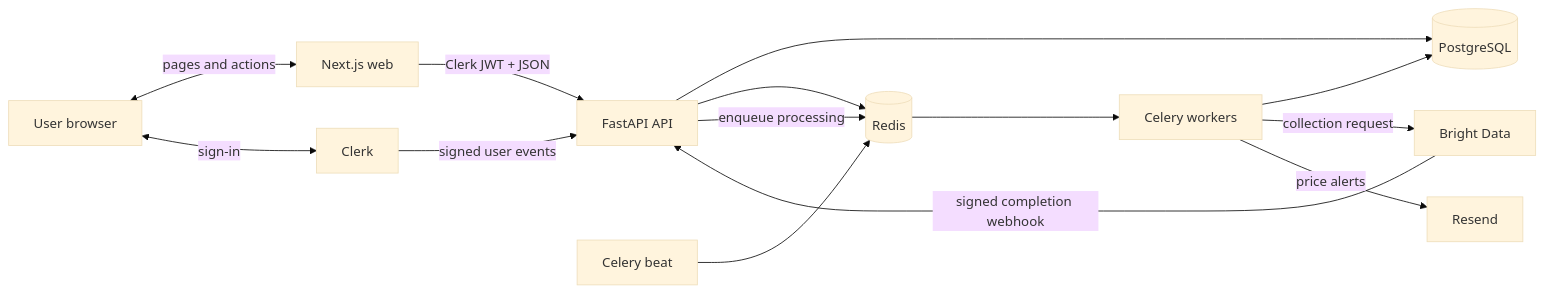
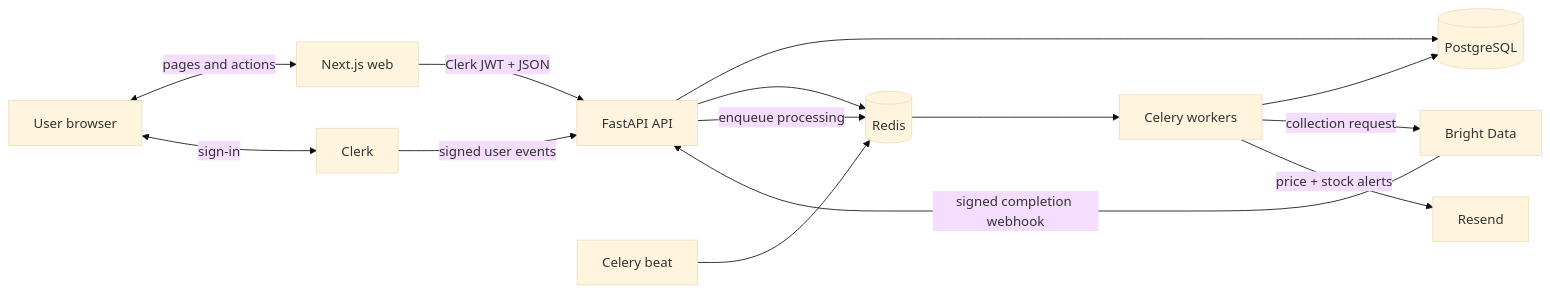
The first of 4 diagrams in docs/architecture.md (ogchicken/PriceTracker), drawn with Mermaid (base theme) before and after one commit. The commit also changed other lines of this file and 4 other files, not shown here.

First line of the commit message:
docs: cover back-in-stock alerts in narrative docs

````diff
--- a/docs/architecture.md
+++ b/docs/architecture.md
@@ -12,27 +13,27 @@
 ```mermaid
 flowchart LR
     User[User browser]
     Clerk[Clerk]
     Web[Next.js web]
     API[FastAPI API]
     DB[(PostgreSQL)]
     Redis[(Redis)]
     Beat[Celery beat]
     Worker[Celery workers]
     Bright[Bright Data]
     Resend[Resend]
 
     User <-->|pages and actions| Web
     User <-->|sign-in| Clerk
     Web -->|Clerk JWT + JSON| API
     Clerk -->|signed user events| API
     API --> DB
     API --> Redis
     Beat --> Redis
     Redis --> Worker
     Worker --> DB
     Worker -->|collection request| Bright
     Bright -->|signed completion webhook| API
     API -->|enqueue processing| Redis
-    Worker -->|price alerts| Resend
+    Worker -->|price + stock alerts| Resend
 ```
````
